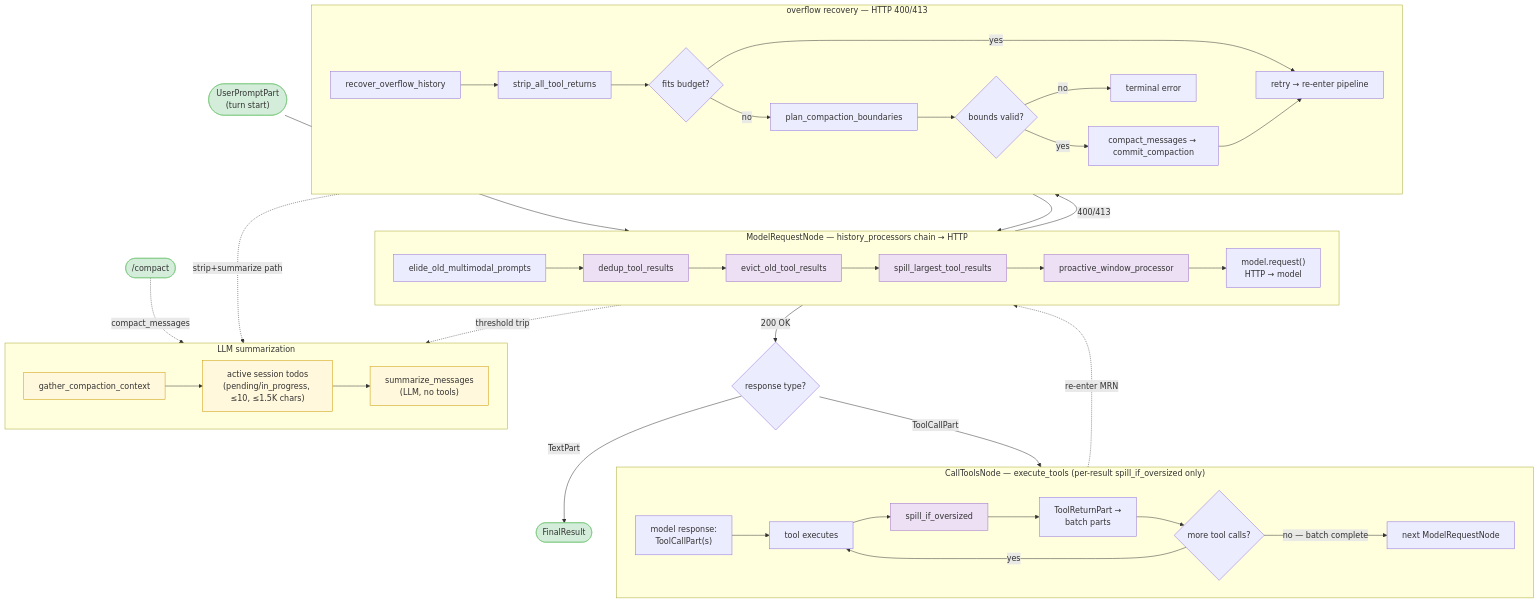
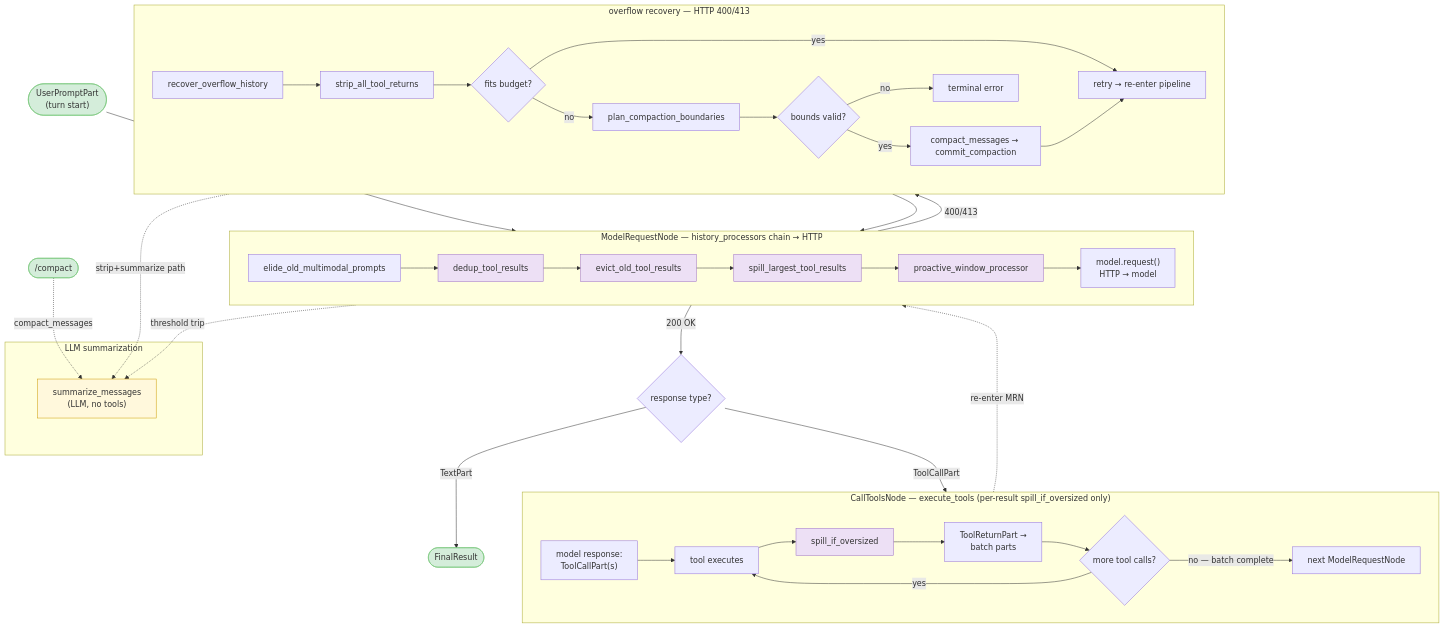
The diagram in docs/specs/compaction.md (binlecode/co-cli), drawn with Mermaid before and after one commit. The commit also changed other lines of this file and 10 other files, not shown here.

````diff
--- a/docs/specs/compaction.md
+++ b/docs/specs/compaction.md
@@ -80,55 +80,52 @@
 ```mermaid
 flowchart TD
     UPN(["UserPromptPart\n(turn start)"])
     FINAL(["FinalResult"])
     RTYPE{"response type?"}
 
     subgraph MRN["ModelRequestNode — history_processors chain → HTTP"]
         direction LR
         CM["elide_old_multimodal_prompts"] --> C0["dedup_tool_results"] --> C1["evict_old_tool_results"] --> CE["spill_largest_tool_results"] --> C2["proactive_window_processor"] --> HTTP["model.request()\nHTTP → model"]
     end
 
     subgraph CTN["CallToolsNode — execute_tools (per-result spill_if_oversized only)"]
         direction LR
         TCALL["model response:\nToolCallPart(s)"] --> EXEC["tool executes"] --> M1["spill_if_oversized"] --> HIST["ToolReturnPart →\nbatch parts"] --> MORE{"more tool calls?"}
         MORE -->|yes| EXEC
         MORE -->|"no — batch complete"| NEXT["next ModelRequestNode"]
     end
 
     subgraph OVF["overflow recovery — HTTP 400/413"]
         direction LR
         OV1["recover_overflow_history"] --> OV2["strip_all_tool_returns"]
         OV2 --> OV3{"fits budget?"}
         OV3 -->|yes| OV4["retry → re-enter pipeline"]
         OV3 -->|no| OV5["plan_compaction_boundaries"] --> OV6{"bounds valid?"}
         OV6 -->|yes| OV7["compact_messages → commit_compaction"] --> OV4
         OV6 -->|no| OV8["terminal error"]
     end
 
     COMPACT(["/compact"])
 
     subgraph SUM["LLM summarization"]
-        direction LR
-        GC["gather_compaction_context"]
-        GC --> GC2["active session todos\n(pending/in_progress, ≤10, ≤1.5K chars)"]
-        GC2 --> SUMM["summarize_messages\n(LLM, no tools)"]
+        SUMM["summarize_messages\n(LLM, no tools)"]
     end
 
     UPN --> C0
     HTTP -->|"200 OK"| RTYPE
     HTTP -->|"400/413"| OV1
     OV4 --> C0
     RTYPE -->|ToolCallPart| TCALL
     RTYPE -->|TextPart| FINAL
     NEXT -.->|"re-enter MRN"| C0
-    C2 -.->|"threshold trip"| GC
-    OV7 -.->|"strip+summarize path"| GC
-    COMPACT -.->|"compact_messages"| GC
+    C2 -.->|"threshold trip"| SUMM
+    OV7 -.->|"strip+summarize path"| SUMM
+    COMPACT -.->|"compact_messages"| SUMM
 
     classDef hook fill:#ede0f5,stroke:#9c6fc7
     classDef term fill:#d4edda,stroke:#74c476
     classDef enr fill:#fff8dc,stroke:#cc9900
     class C0,C1,CE,C2,M1 hook
     class UPN,FINAL,COMPACT term
     class GC,GC2,SUMM enr
 ```
````
